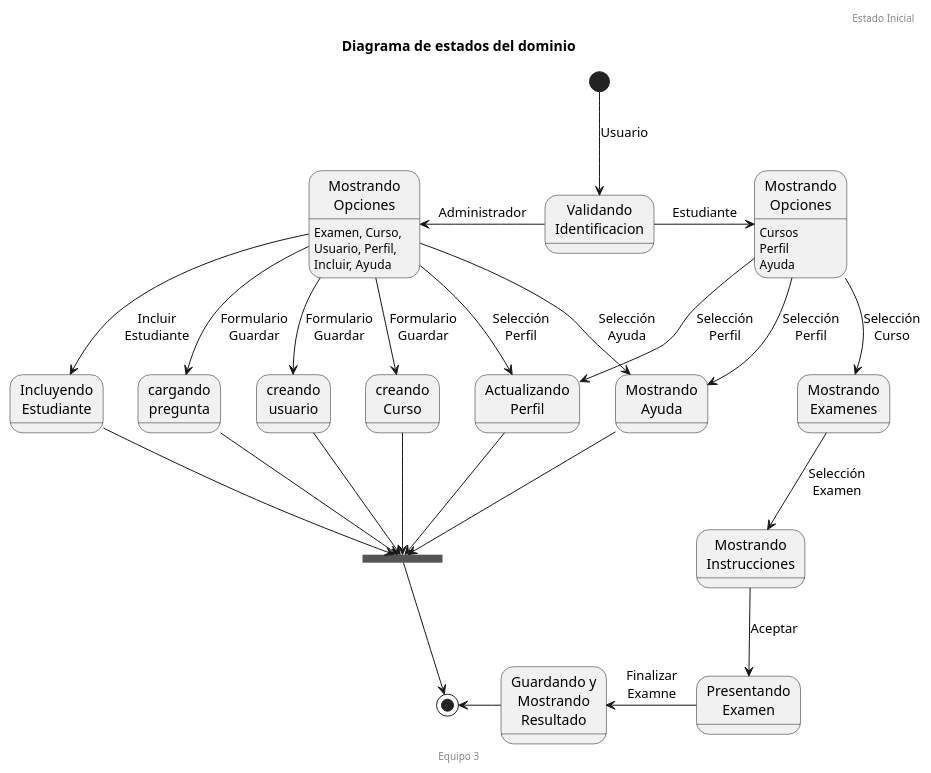
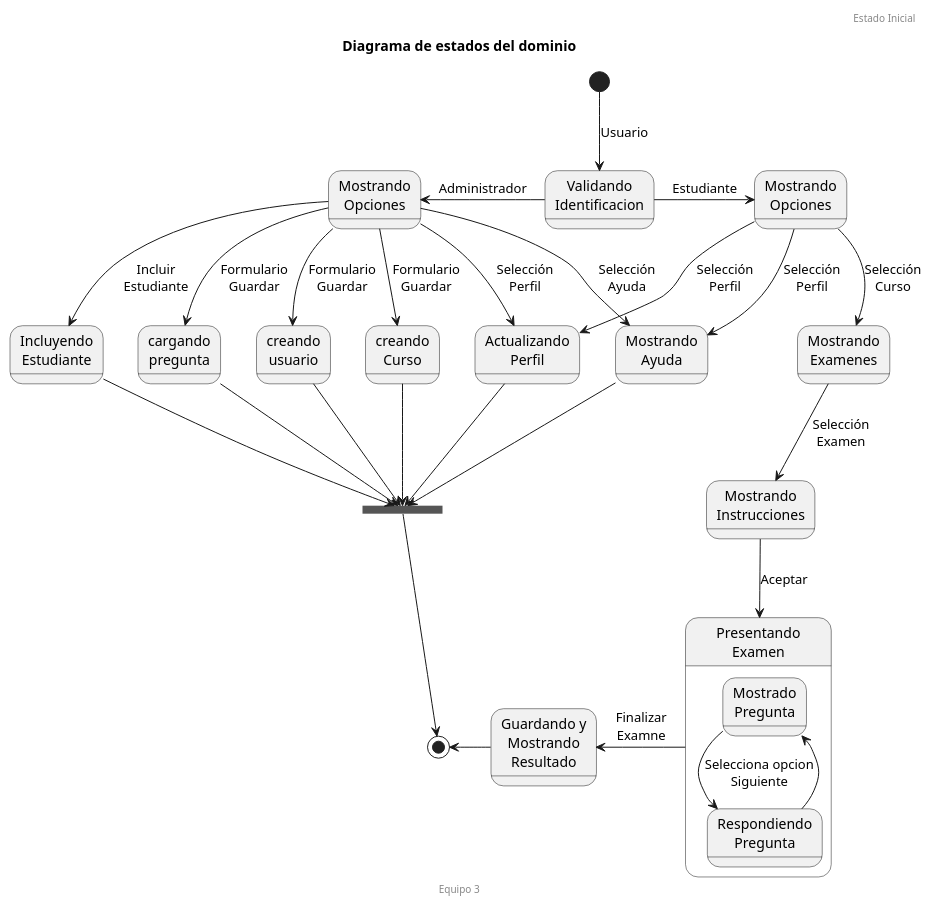
The diagram in docs/scenariosView/diagramaEstados.plantuml (febres35/EdTech_IS), drawn with PlantUML before and after one commit.

Commit message:
diagrama de estado cambio en trasacciones

```diff
--- a/docs/scenariosView/diagramaEstados.plantuml
+++ b/docs/scenariosView/diagramaEstados.plantuml
@@ -1,53 +1,59 @@
 @startuml Diagrama de Estado
 
 
 header Estado Inicial
 footer Equipo 3
 title "Diagrama de estados del dominio"
 
+skinparam width 320
 
 
 
 state "Validando\nIdentificacion" as vi
 state "Mostrando\nOpciones" as ad
 state  "creando\nCurso" as gc
 state  "cargando\npregunta" as cp
 state  "creando\nusuario" as cu
 
 state "Mostrando\nOpciones" as es
 state "Mostrando\nExamenes" as me
 state "Mostrando\nInstrucciones" as mi
-state "Presentando\nExamen" as ee
+state "Presentando\nExamen" as ee{
+    state "Mostrado\nPregunta" as mp
+    state "Respondiendo\nPregunta" as rp
+    mp --> rp: Selecciona opcion\nSiguiente
+    rp --> mp
+}
 state "Guardando y\nMostrando\nResultado" as gr
 state "Actualizando\nPerfil" as ap
 state "Mostrando\nAyuda" as ma
 state "Incluyendo\nEstudiante" as ie
 state finAd <<join>>
-ad : Examen, Curso, \nUsuario, Perfil, \nIncluir, Ayuda
+'ad : Examen, Curso, \nUsuario, Perfil, \nIncluir, Ayuda
 [*] --> vi: Usuario
 vi -left-> ad: Administrador
 ad --> ie: Incluir\nEstudiante
 ad --> gc: Formulario\nGuardar
 ad --> cp: Formulario\nGuardar
 ad --> cu: Formulario\nGuardar
 ad --> ap: Selección\nPerfil
 ad --> ma: Selección\nAyuda
 ie --> finAd
 gc --> finAd 
 cp --> finAd 
 cu --> finAd
 ap --> finAd 
 ma --> finAd
 finAd --> [*]
  
-es: Cursos\nPerfil\nAyuda
+'es: Cursos\nPerfil\nAyuda
 vi -right-> es: Estudiante
 es -->me: Selección\nCurso
 es --> ap: Selección\nPerfil
 es--> ma: Selección\nPerfil
 me --> mi: Selección\nExamen 
 mi --> ee: Aceptar
 ee -left-> gr: Finalizar\nExamne
 gr -left-> [*]
 
 @enduml
```
